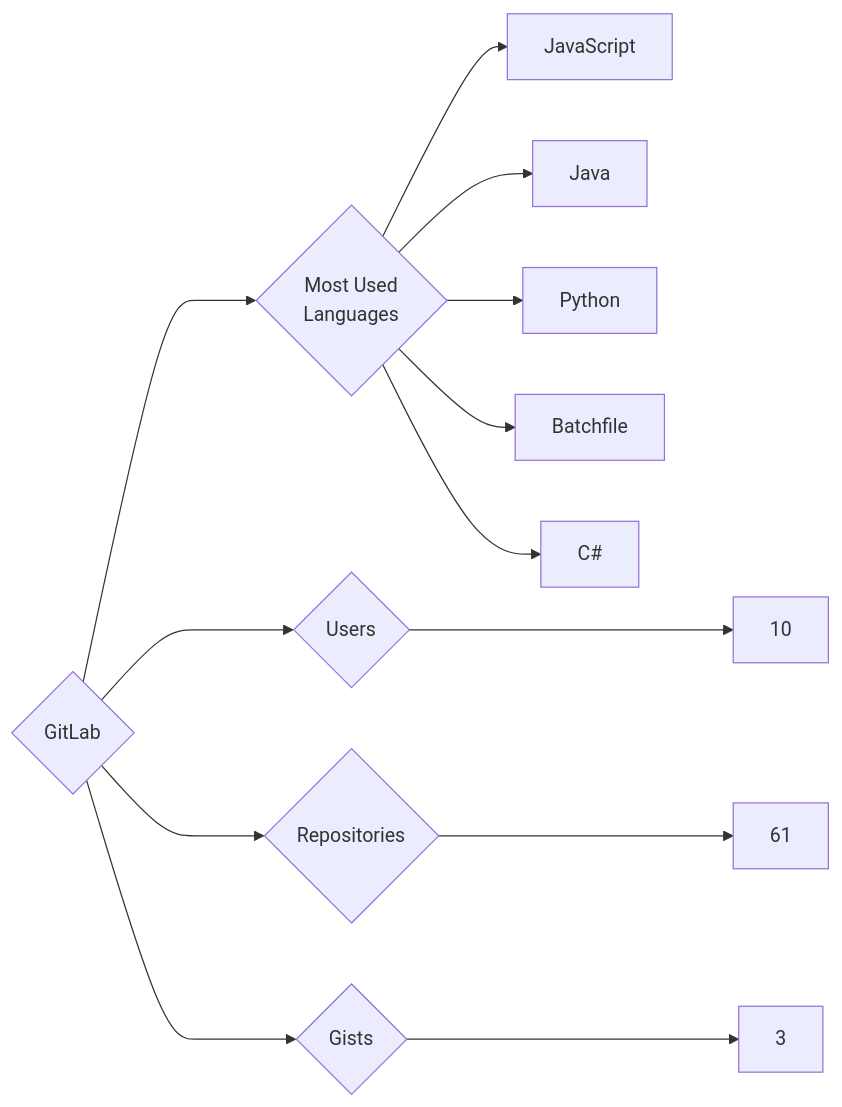
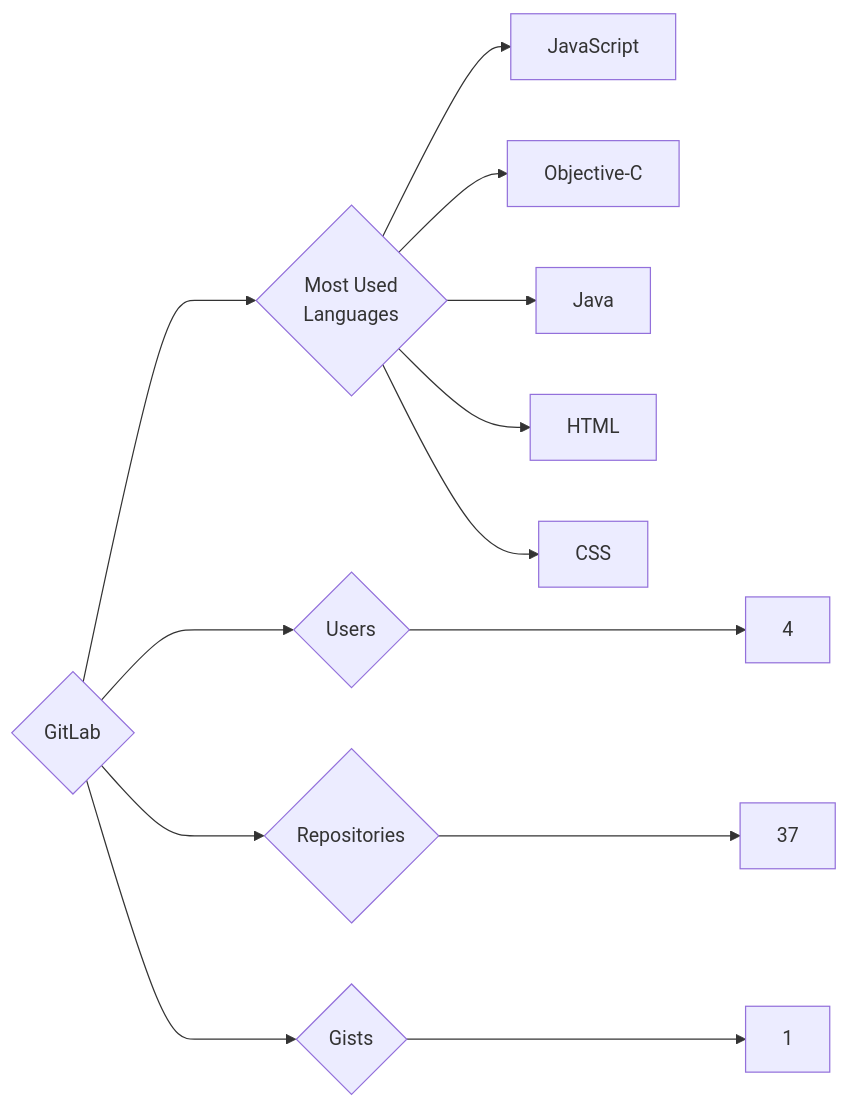
The diagram in targets/GitLab/README.md (trickest/insiders), drawn with Mermaid before and after one commit. The commit also changed 997 other files, not shown here.

````diff
--- a/targets/GitLab/README.md
+++ b/targets/GitLab/README.md
@@ -3,13 +3,13 @@
 ```mermaid
 graph LR
 COMPANY_NAME{GitLab}
-COMPANY_NAME ---> U{Users} ---> UN[10]
-COMPANY_NAME ---> R{Repositories} ---> RN[61]
-COMPANY_NAME ---> G{Gists} ---> GN[3]
+COMPANY_NAME ---> U{Users} ---> UN[4]
+COMPANY_NAME ---> R{Repositories} ---> RN[37]
+COMPANY_NAME ---> G{Gists} ---> GN[1]
 COMPANY_NAME ---> ML{Most Used<br>Languages}
 ML --> JavaScript[JavaScript]
+ML --> Objective-C[Objective-C]
 ML --> Java[Java]
-ML --> Python[Python]
-ML --> Batchfile[Batchfile]
-ML --> C#[C#]
+ML --> HTML[HTML]
+ML --> CSS[CSS]
 ```
````
